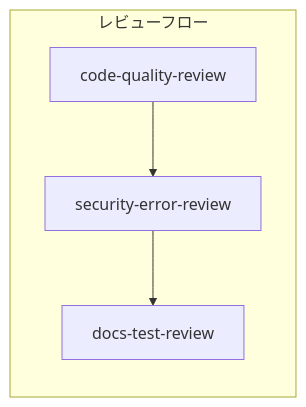
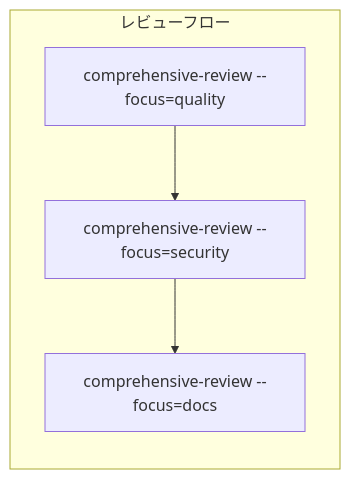
Before and after one commit to DaichiHoshina/ai-tools: the seventh of 8 diagrams in claude-code/references/SKILLS-DEPENDENCY-GRAPH.md, drawn with Mermaid. The commit also changed other lines of this file and 8 other files, not shown here.

````diff
--- a/claude-code/references/SKILLS-DEPENDENCY-GRAPH.md
+++ b/claude-code/references/SKILLS-DEPENDENCY-GRAPH.md
@@ -146,10 +148,10 @@
 ```mermaid
 flowchart LR
     subgraph "レビューフロー"
-        R_CQ[code-quality-review]
-        R_SE[security-error-review]
-        R_DT[docs-test-review]
+        R_CQ[comprehensive-review --focus=quality]
+        R_SE[comprehensive-review --focus=security]
+        R_DT[comprehensive-review --focus=docs]
     end
 
     R_CQ --> R_SE --> R_DT
 ```
````
